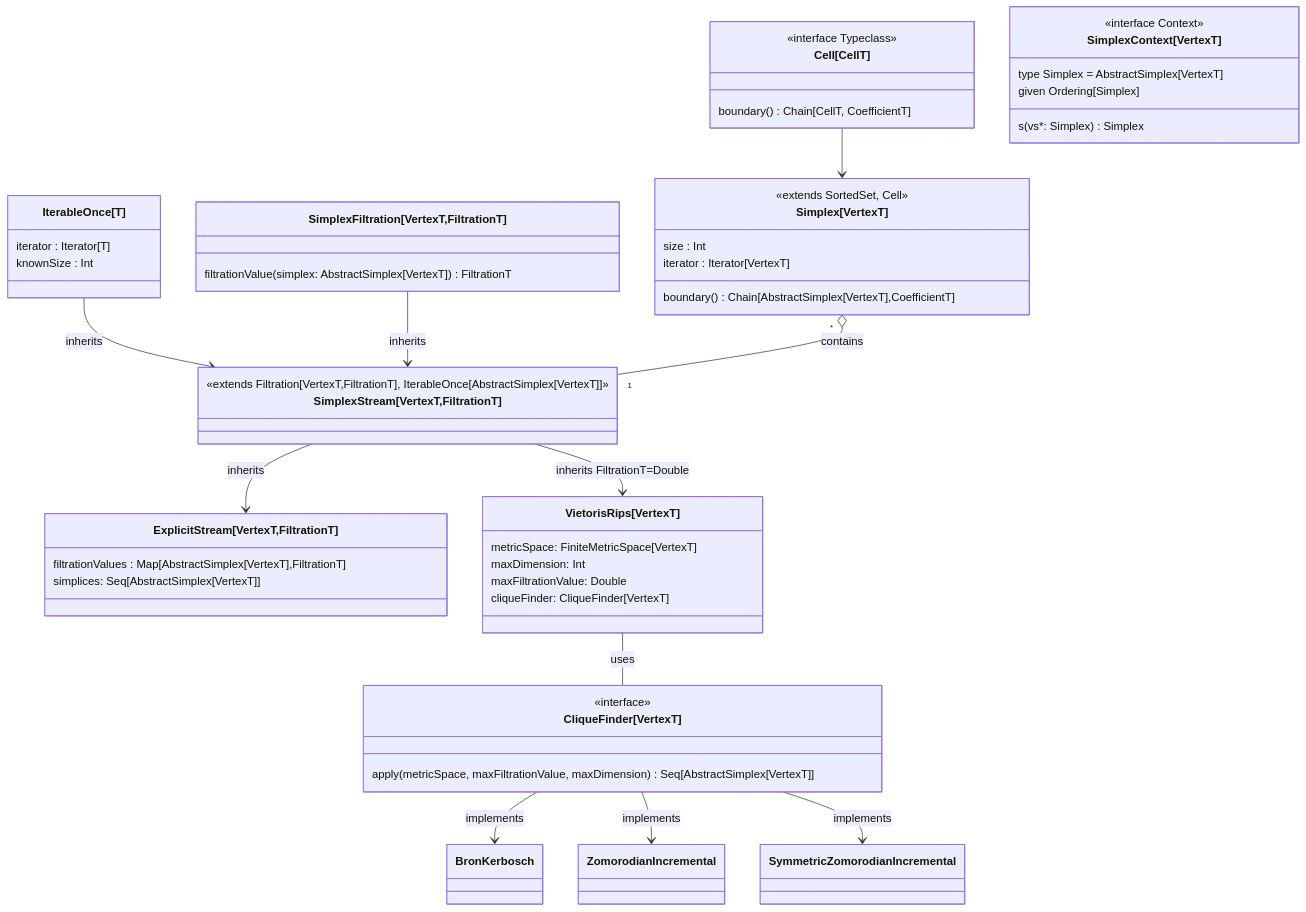
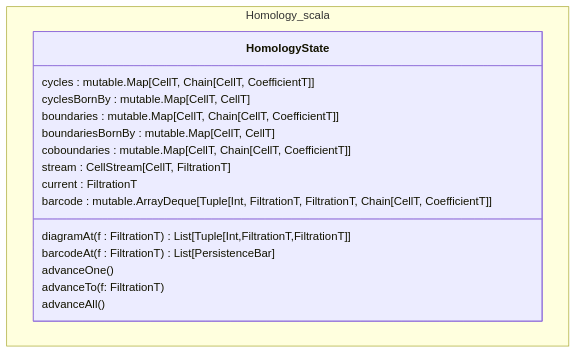
One commit to appliedtopology/tda4j changed the sixth of 12 diagrams in src/main/paradox/developers-guide/class-diagrams.md. Above: the diagram before and after it, drawn with Mermaid. The commit also changed other lines of this file, not shown here.

Commit message:
Partial updates to the class diagrams of the project.

````diff
--- a/src/main/paradox/developers-guide/class-diagrams.md
+++ b/src/main/paradox/developers-guide/class-diagrams.md
@@ -55,54 +245,20 @@
 ```mermaid
 classDiagram
-    `Cell[CellT]` --> `Simplex[VertexT]`
-    class `Cell[CellT]` {
-<<interface Typeclass>>
-boundary() Chain[CellT, CoefficientT]
-}
-class `Simplex[VertexT]` {
-<<extends SortedSet, Cell>>
-size : Int
-iterator : Iterator[VertexT]
-boundary() Chain[AbstractSimplex[VertexT],CoefficientT]
-}
-class `SimplexContext[VertexT]` {
-<<interface Context>>
-type Simplex = AbstractSimplex[VertexT]
-given Ordering[Simplex]
-s(vs*: Simplex) Simplex
-}
-class `IterableOnce[T]` {
-iterator : Iterator[T]
-knownSize : Int
-}
-class `SimplexFiltration[VertexT,FiltrationT]` {
-filtrationValue(simplex: AbstractSimplex[VertexT]) FiltrationT
-}
-class `SimplexStream[VertexT,FiltrationT]` {
-<<extends Filtration[VertexT,FiltrationT], IterableOnce[AbstractSimplex[VertexT]]>>
-}
-`IterableOnce[T]` --> `SimplexStream[VertexT,FiltrationT]` : inherits
-`SimplexFiltration[VertexT,FiltrationT]` --> `SimplexStream[VertexT,FiltrationT]` : inherits
-`Simplex[VertexT]` "*" o-- "1" `SimplexStream[VertexT,FiltrationT]` : contains
-
-class `ExplicitStream[VertexT,FiltrationT]` {
-filtrationValues : Map[AbstractSimplex[VertexT],FiltrationT]
-simplices: Seq[AbstractSimplex[VertexT]]
-}
-class `VietorisRips[VertexT]` {
-metricSpace: FiniteMetricSpace[VertexT]
-maxDimension: Int
-maxFiltrationValue: Double
-cliqueFinder: CliqueFinder[VertexT]
-}
-`SimplexStream[VertexT,FiltrationT]` --> `ExplicitStream[VertexT,FiltrationT]`: inherits
-`SimplexStream[VertexT,FiltrationT]` --> `VietorisRips[VertexT]`: inherits FiltrationT=Double
-`VietorisRips[VertexT]` -- `CliqueFinder[VertexT]` : uses
-class `CliqueFinder[VertexT]` {
-<<interface>>
-apply(metricSpace, maxFiltrationValue, maxDimension) Seq[AbstractSimplex[VertexT]]
+    namespace Homology_scala {
+        class HomologyState {
+            cycles : mutable.Map[CellT, Chain[CellT, CoefficientT]]
+            cyclesBornBy : mutable.Map[CellT, CellT]
+            boundaries : mutable.Map[CellT, Chain[CellT, CoefficientT]]
+            boundariesBornBy : mutable.Map[CellT, CellT]
+            coboundaries : mutable.Map[CellT, Chain[CellT, CoefficientT]]
+            stream : CellStream[CellT, FiltrationT]
+            current : FiltrationT
+            barcode : mutable.ArrayDeque[Tuple[Int, FiltrationT, FiltrationT, Chain[CellT, CoefficientT]]
+            diagramAt(f : FiltrationT) List[Tuple[Int,FiltrationT,FiltrationT]]
+            barcodeAt(f : FiltrationT) List[PersistenceBar]
+            advanceOne()
+            advanceTo(f: FiltrationT)
+            advanceAll()
+        }
     }
-`CliqueFinder[VertexT]` --> BronKerbosch : implements
-`CliqueFinder[VertexT]` --> ZomorodianIncremental : implements
-`CliqueFinder[VertexT]` --> SymmetricZomorodianIncremental : implements
 ```
````
